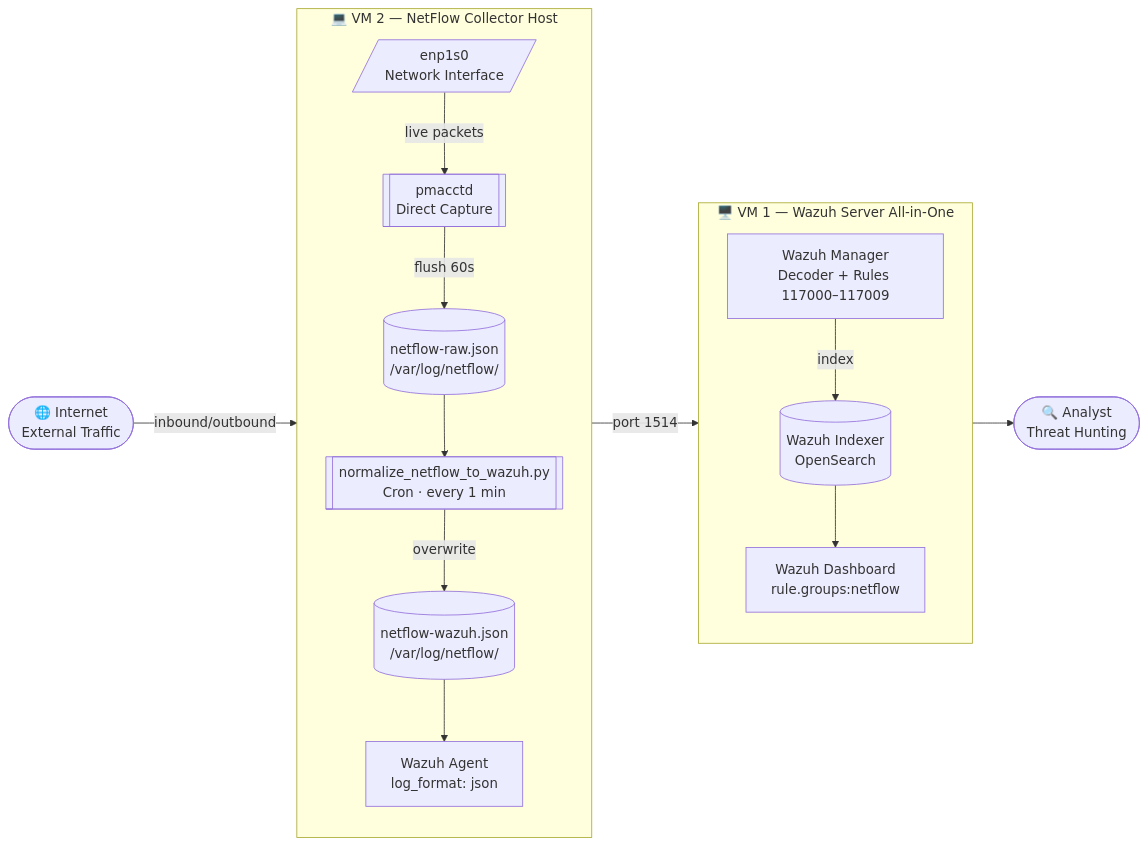
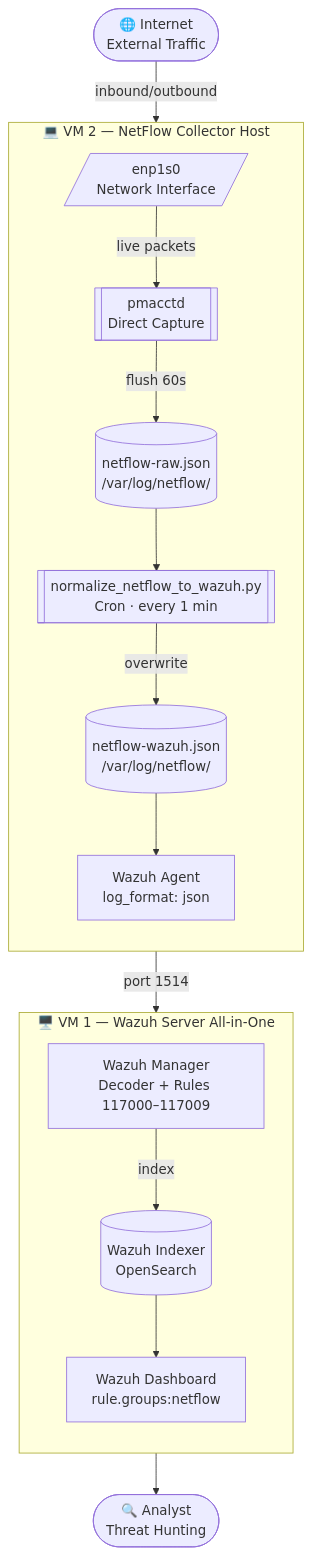
One commit to dimasqiramadhani/netflow-network-traffic-monitoring changed the diagram in README.md. Above: the diagram before and after it, drawn with Mermaid.

````diff
--- a/README.md
+++ b/README.md
@@ -42,35 +42,36 @@
 ```mermaid
-flowchart LR
+flowchart TD
     INTERNET(["🌐 Internet\nExternal Traffic"])
-    ANALYST(["🔍 Analyst\nThreat Hunting"])
 
     subgraph VM2["💻 VM 2 — NetFlow Collector Host"]
         direction TB
         NIC[/"enp1s0\nNetwork Interface"/]
         PMACCT[["pmacctd\nDirect Capture"]]
         RAW[("netflow-raw.json\n/var/log/netflow/")]
         NORM[["normalize_netflow_to_wazuh.py\nCron · every 1 min"]]
         WAZUH_JSON[("netflow-wazuh.json\n/var/log/netflow/")]
         AGENT["Wazuh Agent\nlog_format: json"]
 
         NIC -->|"live packets"| PMACCT
         PMACCT -->|"flush 60s"| RAW
         RAW --> NORM
         NORM -->|"overwrite"| WAZUH_JSON
         WAZUH_JSON --> AGENT
     end
 
     subgraph VM1["🖥️ VM 1 — Wazuh Server All-in-One"]
         direction TB
         MANAGER["Wazuh Manager\nDecoder + Rules 117000–117009"]
         INDEXER[("Wazuh Indexer\nOpenSearch")]
         DASHBOARD["Wazuh Dashboard\nrule.groups:netflow"]
 
         MANAGER -->|"index"| INDEXER
         INDEXER --> DASHBOARD
     end
 
+    ANALYST(["🔍 Analyst\nThreat Hunting"])
+
     INTERNET -->|"inbound/outbound"| NIC
     AGENT -->|"port 1514"| MANAGER
     DASHBOARD --> ANALYST
 ```
````
